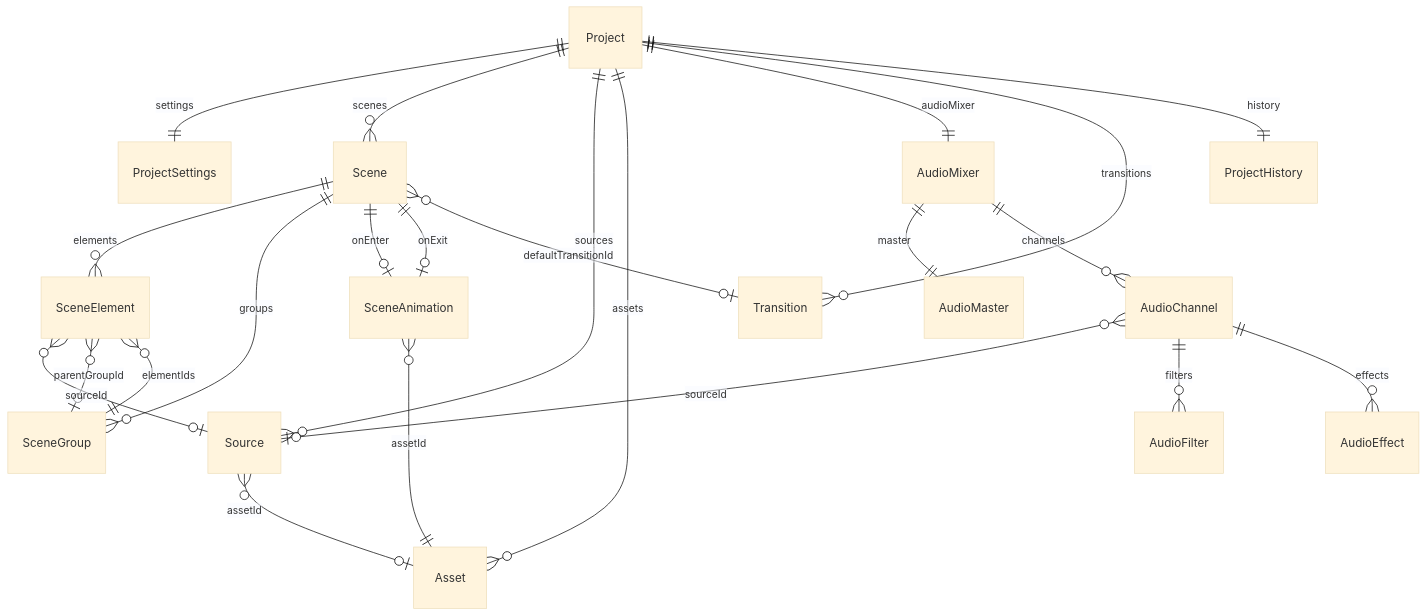
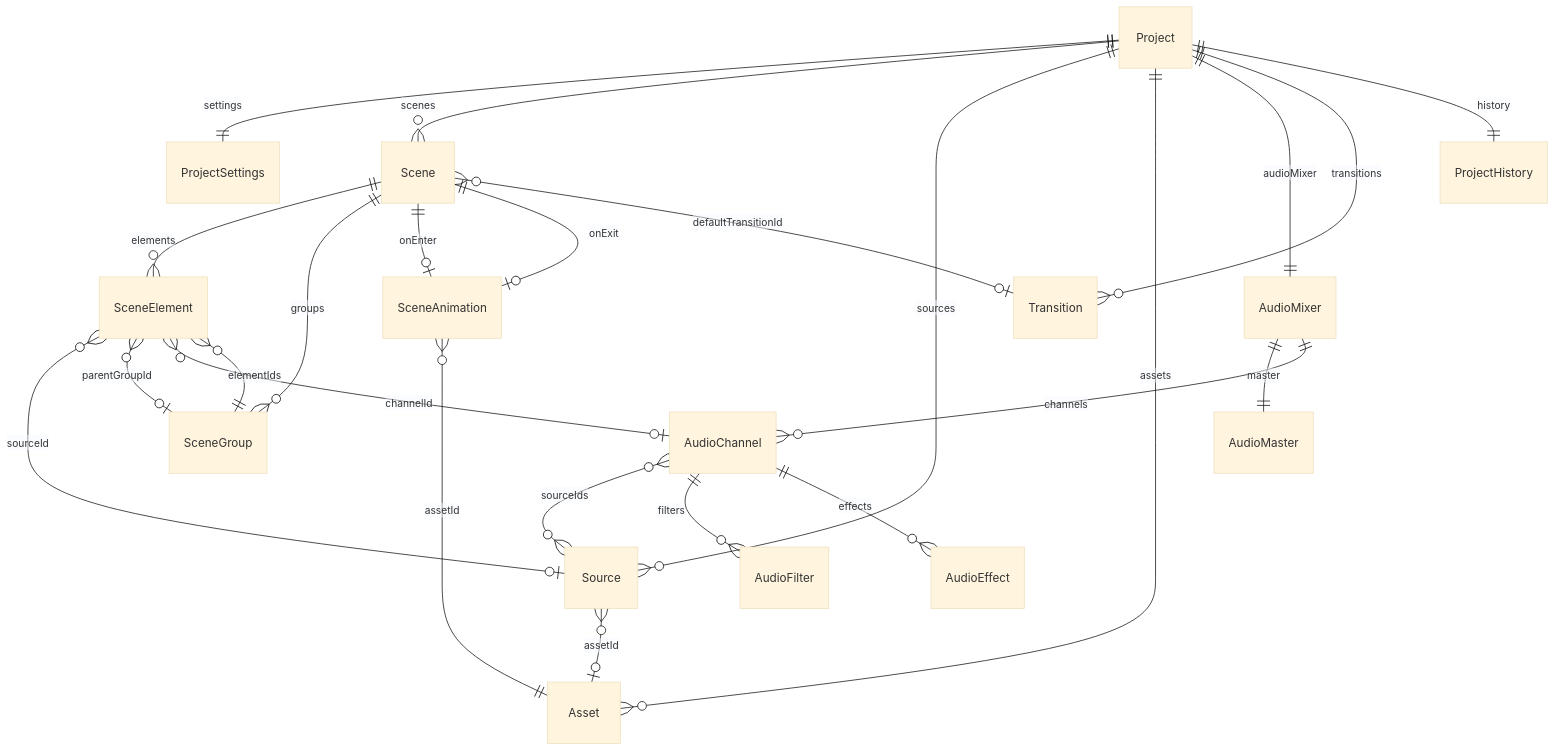
One commit to Moonbase-Systems/moonbase-studio-web changed the first of 6 diagrams in .ai/docs/architecture/diagrams.md. Above: the diagram before and after it, drawn with Mermaid (base theme). The commit also changed other lines of this file and 6 other files, not shown here.

````diff
--- a/.ai/docs/architecture/diagrams.md
+++ b/.ai/docs/architecture/diagrams.md
@@ -7,29 +7,30 @@
 ```mermaid
 erDiagram
   Project ||--|| ProjectSettings : settings
   Project ||--o{ Scene : scenes
   Project ||--o{ Source : sources
   Project ||--o{ Asset : assets
   Project ||--|| AudioMixer : audioMixer
   Project ||--o{ Transition : transitions
   Project ||--|| ProjectHistory : history
 
   Scene ||--o{ SceneElement : elements
   Scene ||--o{ SceneGroup : groups
   Scene ||--o| SceneAnimation : onEnter
   Scene ||--o| SceneAnimation : onExit
 
   SceneElement }o--o| Source : sourceId
   SceneElement }o--o| SceneGroup : parentGroupId
   SceneGroup ||--o{ SceneElement : elementIds
 
   SceneAnimation }o--|| Asset : assetId
   Source }o--o| Asset : assetId
   Scene }o--o| Transition : defaultTransitionId
 
   AudioMixer ||--|| AudioMaster : master
   AudioMixer ||--o{ AudioChannel : channels
-  AudioChannel }o--o| Source : sourceId
+  AudioChannel }o--o{ Source : sourceIds
+  SceneElement }o--o| AudioChannel : channelId
   AudioChannel ||--o{ AudioFilter : filters
   AudioChannel ||--o{ AudioEffect : effects
 ```
````
